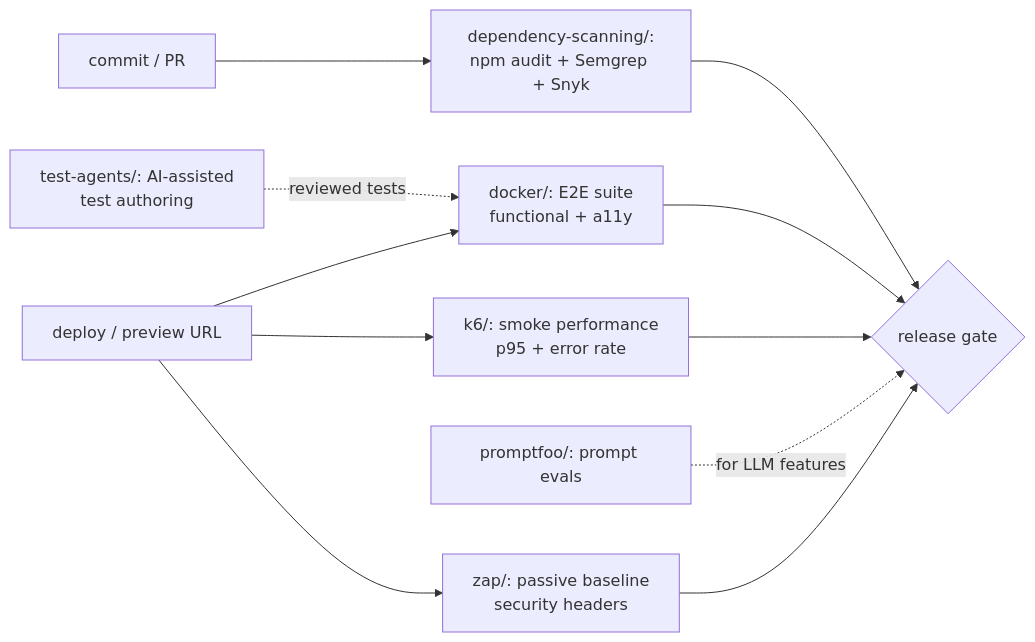
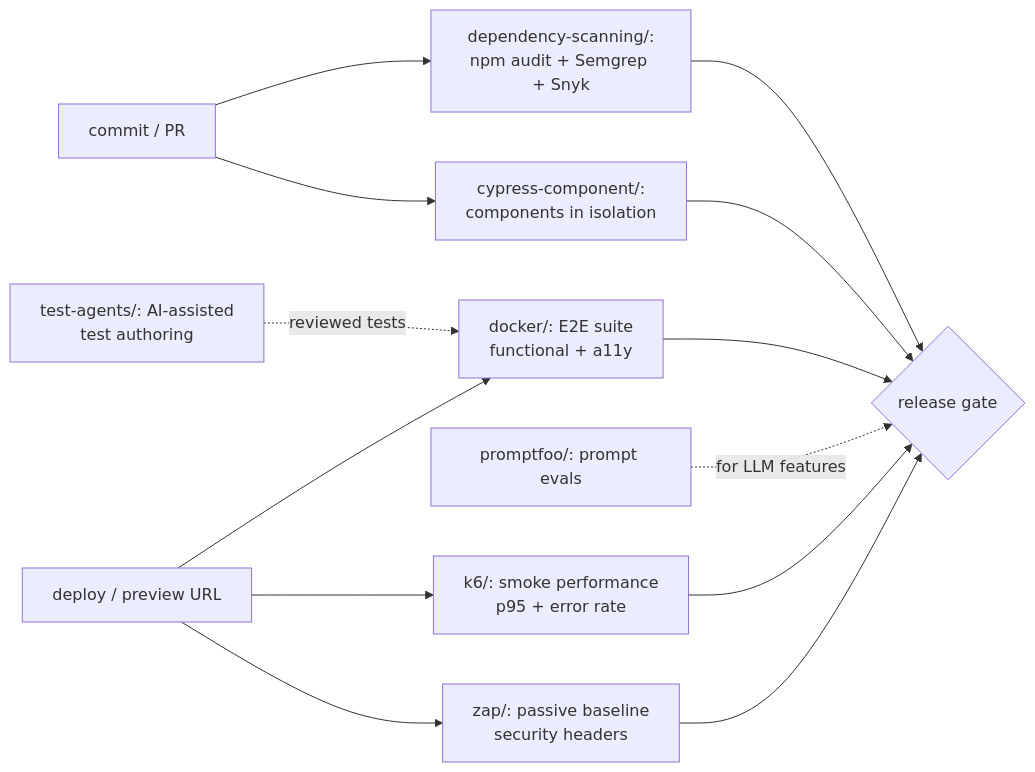
The diagram in README.md (RomulusMirauta/qa-toolbox), drawn with Mermaid before and after one commit. The commit also changed other lines of this file and 19 other files, not shown here.

First line of the commit message:
Add cypress-component module: Cypress component tests of a React form

````diff
--- a/README.md
+++ b/README.md
@@ -31,13 +33,15 @@
 ```mermaid
 flowchart LR
   D[deploy / preview URL] --> S[docker/: E2E suite<br>functional + a11y]
   D --> K[k6/: smoke performance<br>p95 + error rate]
   D --> Z[zap/: passive baseline<br>security headers]
   A[test-agents/: AI-assisted<br>test authoring] -. reviewed tests .-> S
   P[promptfoo/: prompt evals] -. for LLM features .-> R
   C[commit / PR] --> V[dependency-scanning/:<br>npm audit + Semgrep + Snyk]
+  C --> U[cypress-component/:<br>components in isolation]
   V --> R
+  U --> R
   S --> R{release gate}
   K --> R
   Z --> R
 ```
````
